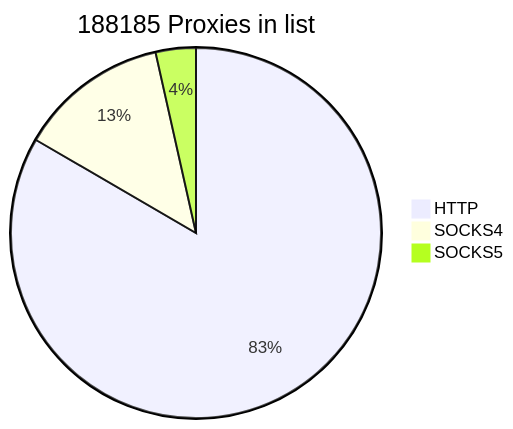
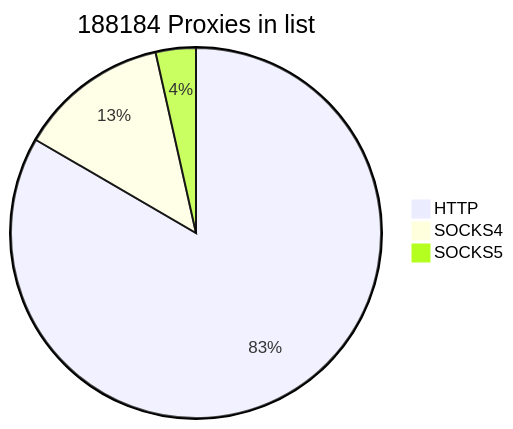
Before and after one commit to cutipu/proxylist: the first of 2 diagrams in README.md, drawn with Mermaid. The commit also changed other lines of this file, not shown here.

````diff
--- a/README.md
+++ b/README.md
@@ -2,7 +2,7 @@
 ```mermaid
-pie title 188185 Proxies in list
-    "HTTP" : 156915
-    "SOCKS4" : 24670
-    "SOCKS5" : 6600
+pie title 188184 Proxies in list
+    "HTTP" : 156914
+    "SOCKS4" : 24671
+    "SOCKS5" : 6599
             
 ```
````
